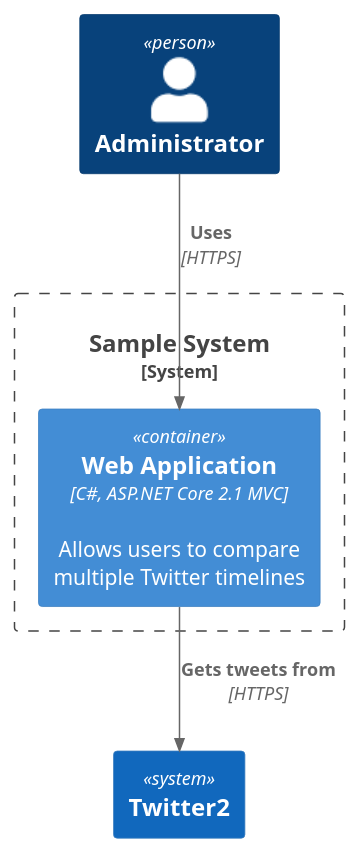
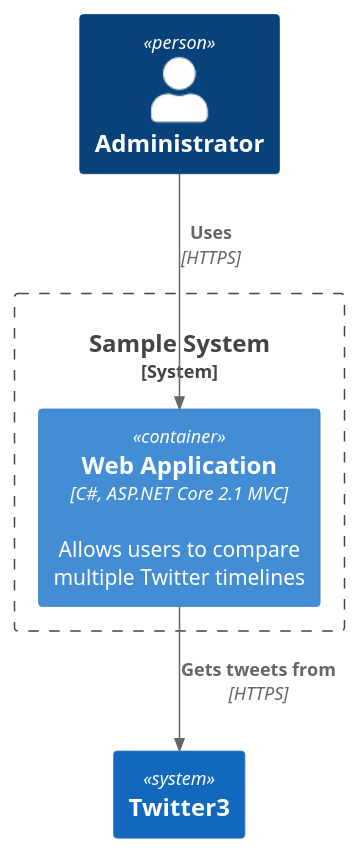
The diagram in doc/design/assets/diagram2.puml (kcirtapfromspace/plantuml), drawn with PlantUML before and after one commit.

```diff
--- a/doc/design/assets/diagram2.puml
+++ b/doc/design/assets/diagram2.puml
@@ -1,13 +1,13 @@
 @startuml Basic_Sample
 !include https://raw.githubusercontent.com/plantuml-stdlib/C4-PlantUML/master/C4_Container.puml
 
 Person(admin, "Administrator")
 System_Boundary(c1, "Sample System") {
     Container(web_app, "Web Application", "C#, ASP.NET Core 2.1 MVC", "Allows users to compare multiple Twitter timelines")
 }
 System(twitter, "Twitter")
-System(twitter, "Twitter2")
+System(twitter, "Twitter3")
 
 Rel(admin, web_app, "Uses", "HTTPS")
 Rel(web_app, twitter, "Gets tweets from", "HTTPS")
 @enduml
```
